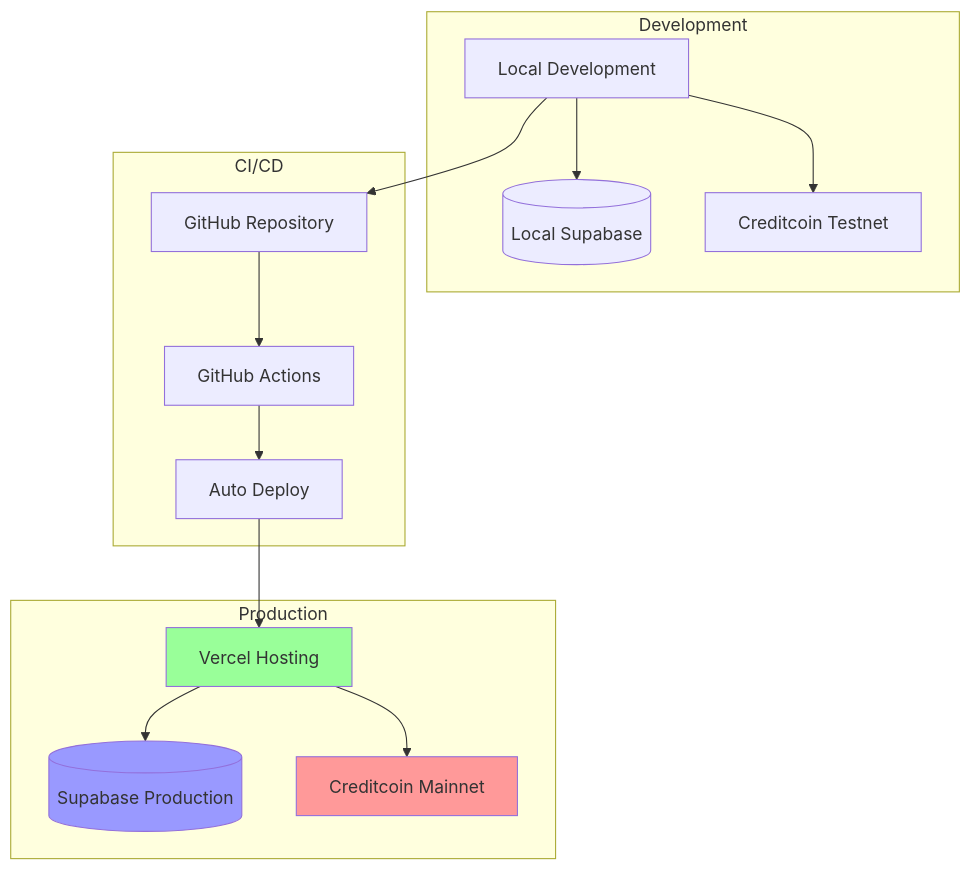
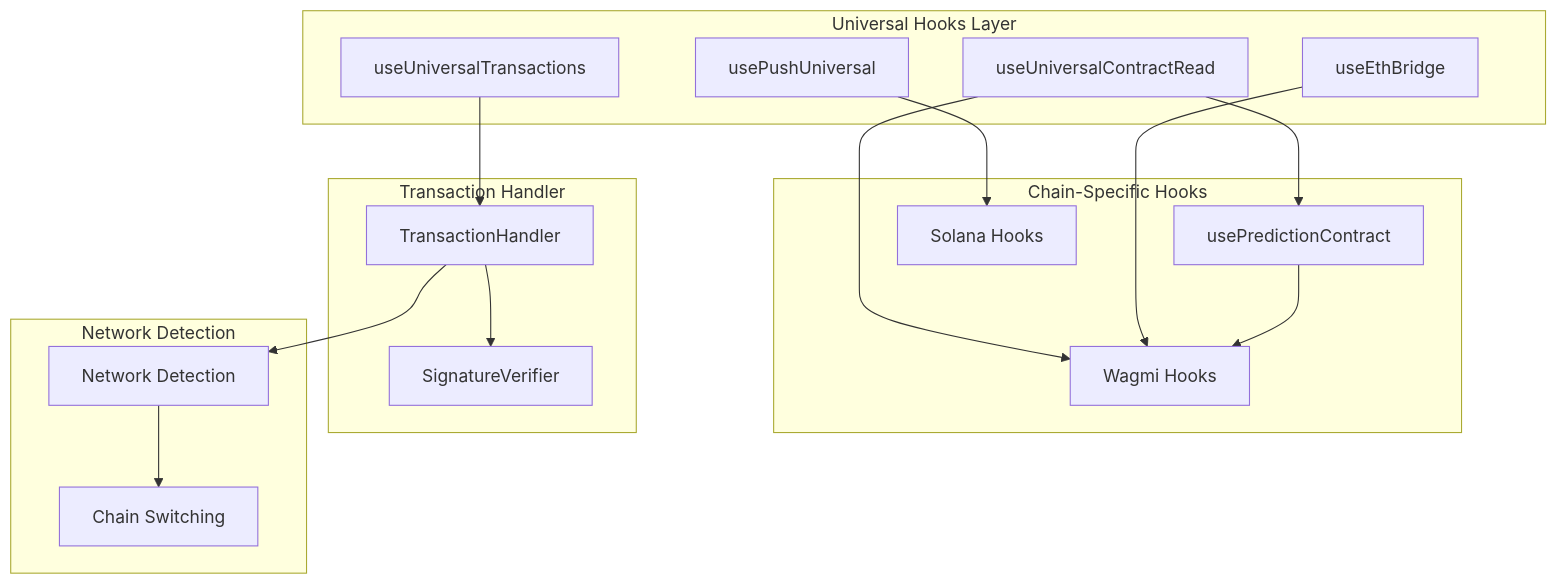
The eighth of 10 diagrams in diagrams.md (enliven17/push-predict), drawn with Mermaid before and after one commit. The commit also changed other lines of this file and 19 other files, not shown here.

````diff
--- a/diagrams.md
+++ b/diagrams.md
@@ -294,35 +251,37 @@
 ```mermaid
 graph TB
-    subgraph "Development"
-        Dev[Local Development]
-        DevDB[(Local Supabase)]
-        TestNet[Creditcoin Testnet]
+    subgraph "Universal Hooks Layer"
+        UCR[useUniversalContractRead]
+        UT[useUniversalTransactions]
+        UEB[useEthBridge]
+        UP[usePushUniversal]
     end
     
-    subgraph "Production"
-        Vercel[Vercel Hosting]
-        ProdDB[(Supabase Production)]
-        MainNet[Creditcoin Mainnet]
+    subgraph "Chain-Specific Hooks"
+        PC[usePredictionContract]
+        WH[Wagmi Hooks]
+        SH[Solana Hooks]
     end
     
-    subgraph "CI/CD"
-        GitHub[GitHub Repository]
-        Actions[GitHub Actions]
-        Deploy[Auto Deploy]
+    subgraph "Transaction Handler"
+        TH[TransactionHandler]
+        SV[SignatureVerifier]
     end
     
-    Dev --> GitHub
-    GitHub --> Actions
-    Actions --> Deploy
-    Deploy --> Vercel
+    subgraph "Network Detection"
+        ND[Network Detection]
+        CS[Chain Switching]
+    end
     
-    Vercel --> ProdDB
-    Vercel --> MainNet
+    UCR --> PC
+    UCR --> WH
+    UT --> TH
+    UEB --> WH
+    UP --> SH
     
-    Dev --> DevDB
-    Dev --> TestNet
+    TH --> SV
+    TH --> ND
+    ND --> CS
     
-    style Vercel fill:#99ff99
-    style ProdDB fill:#9999ff
-    style MainNet fill:#ff9999
+    PC --> WH
 ```
````
